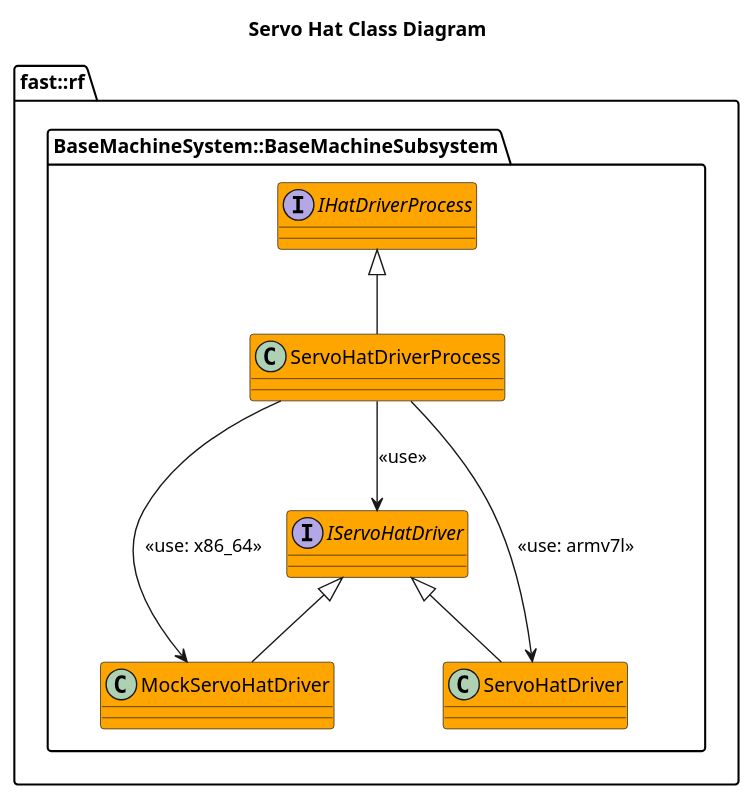
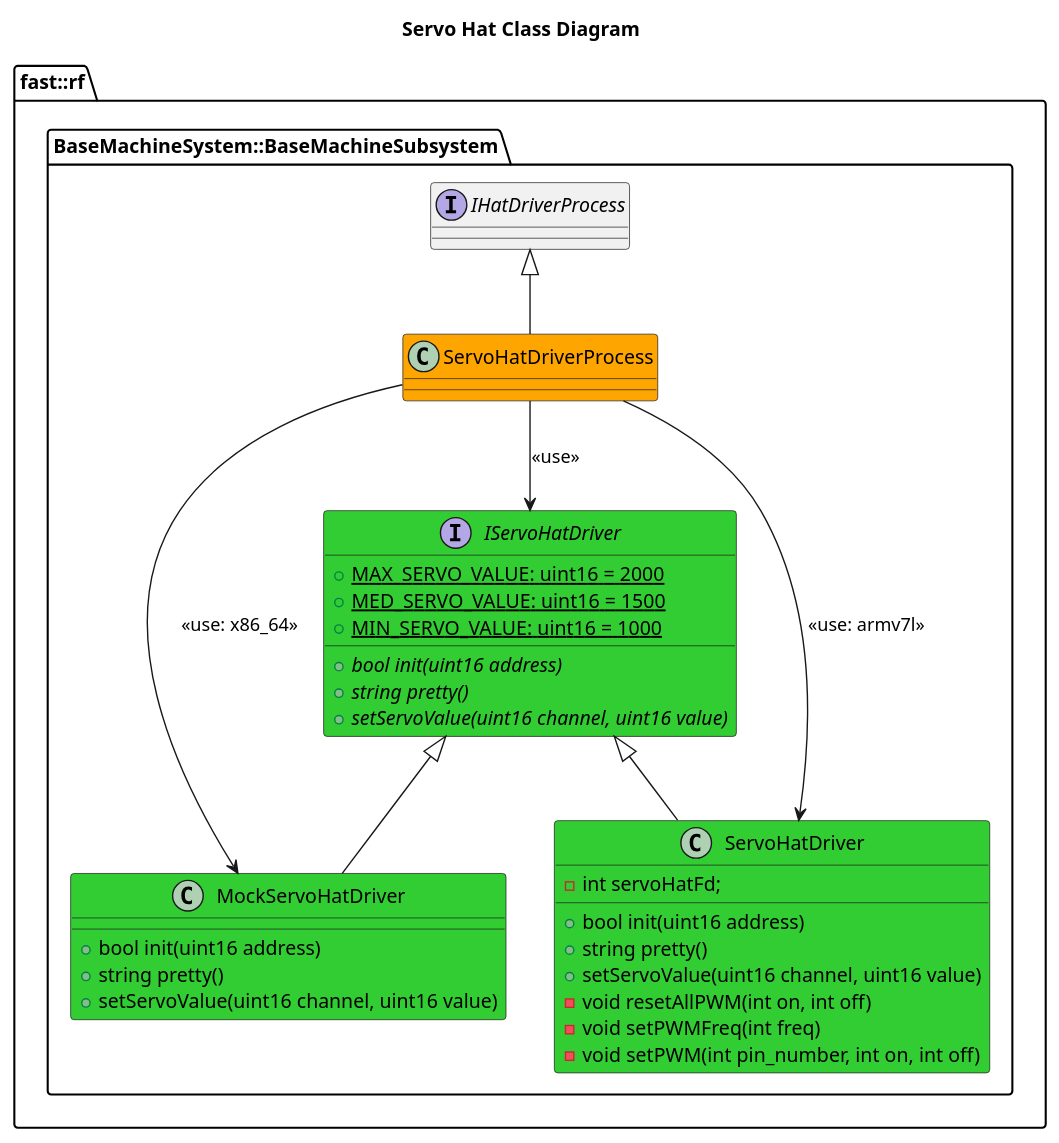
One commit to fastrobotics/robot_framework changed the diagram in Systems/BaseMachine/Subsystems/BaseMachine/Processes/HatDriver/doc/ProcessImplementations/puml/ServoHatClassDiagram.puml. Above: the diagram before and after it, drawn with PlantUML. The commit also changed 5 other files, not shown here.

```diff
--- a/Systems/BaseMachine/Subsystems/BaseMachine/Processes/HatDriver/doc/ProcessImplementations/puml/ServoHatClassDiagram.puml
+++ b/Systems/BaseMachine/Subsystems/BaseMachine/Processes/HatDriver/doc/ProcessImplementations/puml/ServoHatClassDiagram.puml
@@ -1,28 +1,43 @@
 @startuml
 title Servo Hat Class Diagram
 namespace fast::rf {
     namespace BaseMachineSystem::BaseMachineSubsystem {
-        interface IHatDriverProcess #Orange
-        interface IServoHatDriver #Orange {
+        interface IHatDriverProcess
+        interface IServoHatDriver #LimeGreen {
+            +{static} MAX_SERVO_VALUE: uint16 = 2000
+            +{static} MED_SERVO_VALUE: uint16 = 1500
+            +{static} MIN_SERVO_VALUE: uint16 = 1000
+            +{abstract} bool init(uint16 address)
+            +{abstract} string pretty()
+            +{abstract} setServoValue(uint16 channel, uint16 value)
 
         }
-        class MockServoHatDriver #Orange {
-
+        class MockServoHatDriver #LimeGreen {
+            +bool init(uint16 address)
+            +string pretty()
+            +setServoValue(uint16 channel, uint16 value)
         }
-        class ServoHatDriver #Orange {
+        class ServoHatDriver #LimeGreen {
+            +bool init(uint16 address)
+            +string pretty()
+            +setServoValue(uint16 channel, uint16 value)
+            -int servoHatFd;
+            -void resetAllPWM(int on, int off)
+            -void setPWMFreq(int freq)
+            -void setPWM(int pin_number, int on, int off)
 
         }
 
         ServoHatDriver -up-|> IServoHatDriver
         MockServoHatDriver -up-|> IServoHatDriver
 
         class ServoHatDriverProcess #Orange {
 
         }
         ServoHatDriverProcess -up-|> IHatDriverProcess
         ServoHatDriverProcess --> IServoHatDriver: <<use>>
         ServoHatDriverProcess --> MockServoHatDriver: <<use: x86_64>>
         ServoHatDriverProcess --> ServoHatDriver: <<use: armv7l>>
     }
 }
 @enduml
```
